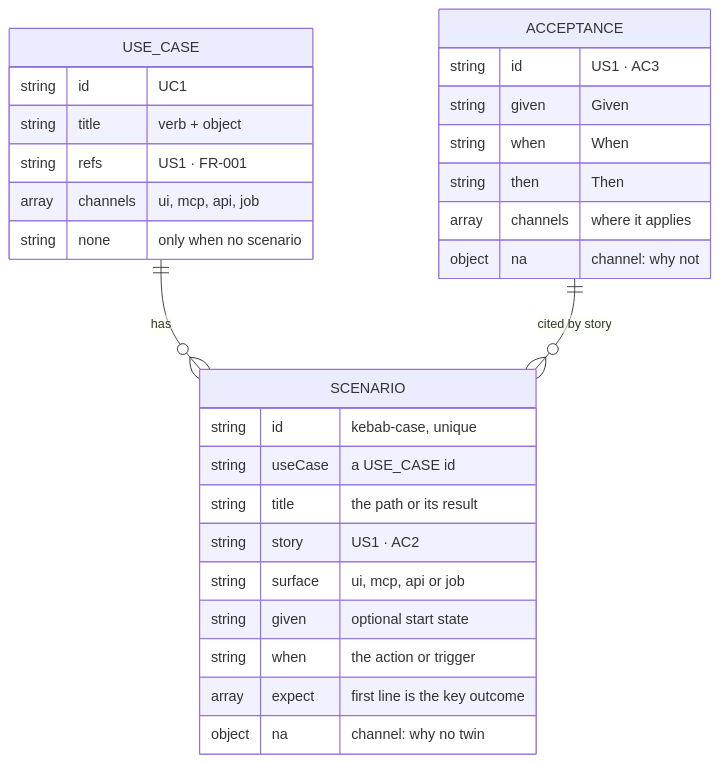
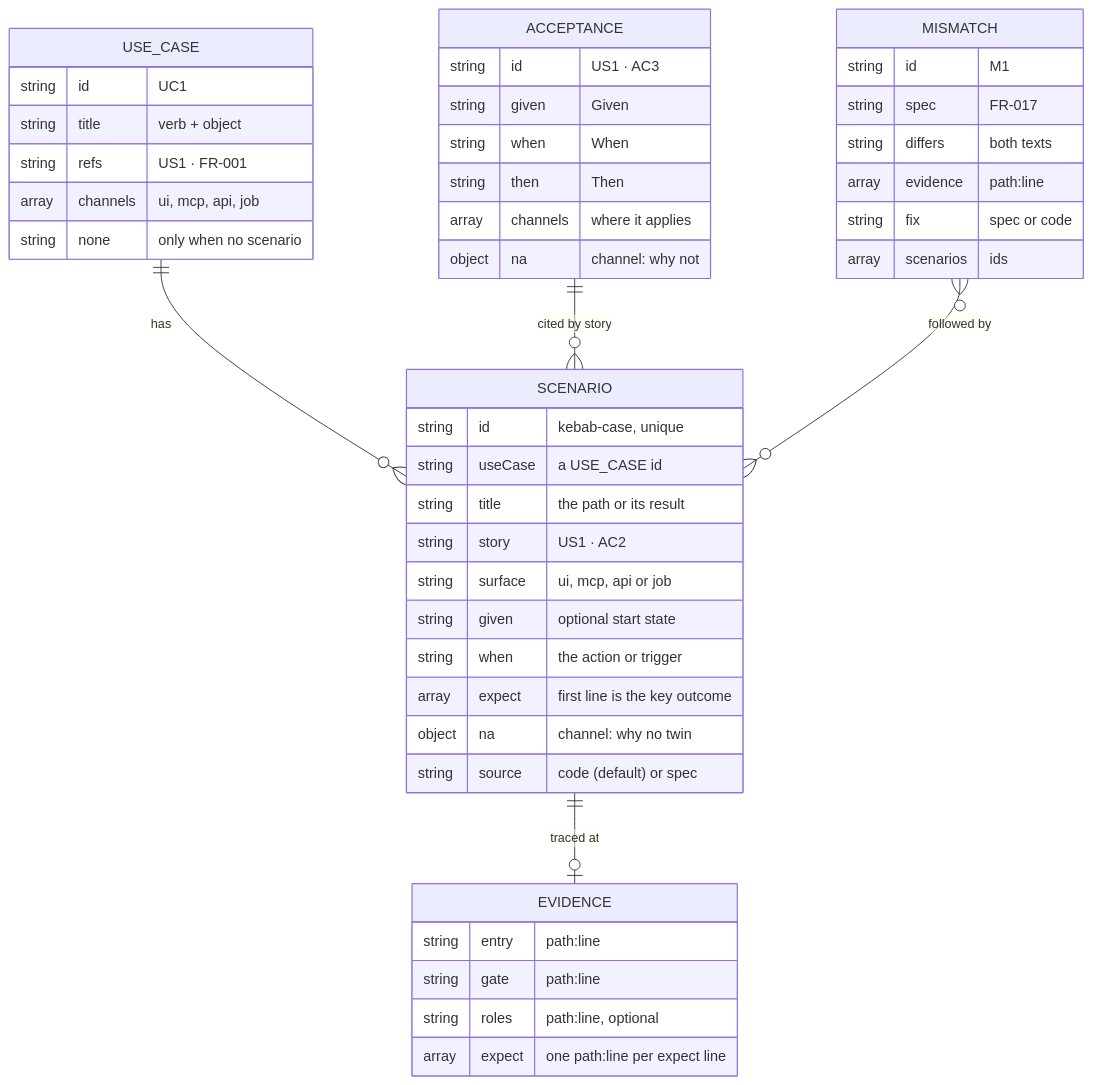
Before and after one commit to naphatwx/naphatwx-tools: the third of 3 diagrams in plugins/naphatwx-tools/skills/generate-use-case/README.md, drawn with Mermaid. The commit also changed other lines of this file and 21 other files, not shown here.

First line of the commit message:
feat(generate-use-case): trace scenarios in code with evidence

````diff
--- a/plugins/naphatwx-tools/skills/generate-use-case/README.md
+++ b/plugins/naphatwx-tools/skills/generate-use-case/README.md
@@ -66,31 +78,48 @@
 ```mermaid
 erDiagram
     USE_CASE ||--o{ SCENARIO : "has"
     ACCEPTANCE ||--o{ SCENARIO : "cited by story"
+    SCENARIO ||--o| EVIDENCE : "traced at"
+    MISMATCH }o--o{ SCENARIO : "followed by"
     USE_CASE {
         string id "UC1"
         string title "verb + object"
         string refs "US1 · FR-001"
         array channels "ui, mcp, api, job"
         string none "only when no scenario"
     }
     ACCEPTANCE {
         string id "US1 · AC3"
         string given "Given"
         string when "When"
         string then "Then"
         array channels "where it applies"
         object na "channel: why not"
     }
     SCENARIO {
         string id "kebab-case, unique"
         string useCase "a USE_CASE id"
         string title "the path or its result"
         string story "US1 · AC2"
         string surface "ui, mcp, api or job"
         string given "optional start state"
         string when "the action or trigger"
         array expect "first line is the key outcome"
         object na "channel: why no twin"
+        string source "code (default) or spec"
+    }
+    EVIDENCE {
+        string entry "path:line"
+        string gate "path:line"
+        string roles "path:line, optional"
+        array expect "one path:line per expect line"
+    }
+    MISMATCH {
+        string id "M1"
+        string spec "FR-017"
+        string differs "both texts"
+        array evidence "path:line"
+        string fix "spec or code"
+        array scenarios "ids"
     }
 ```
````
